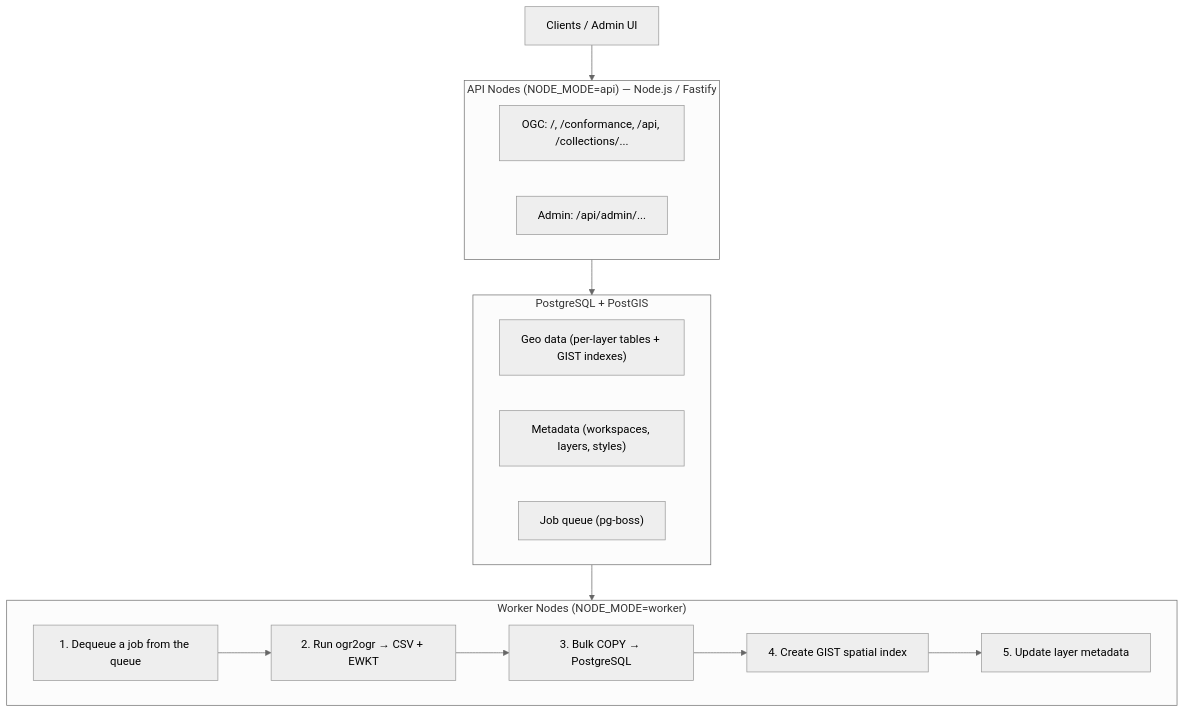
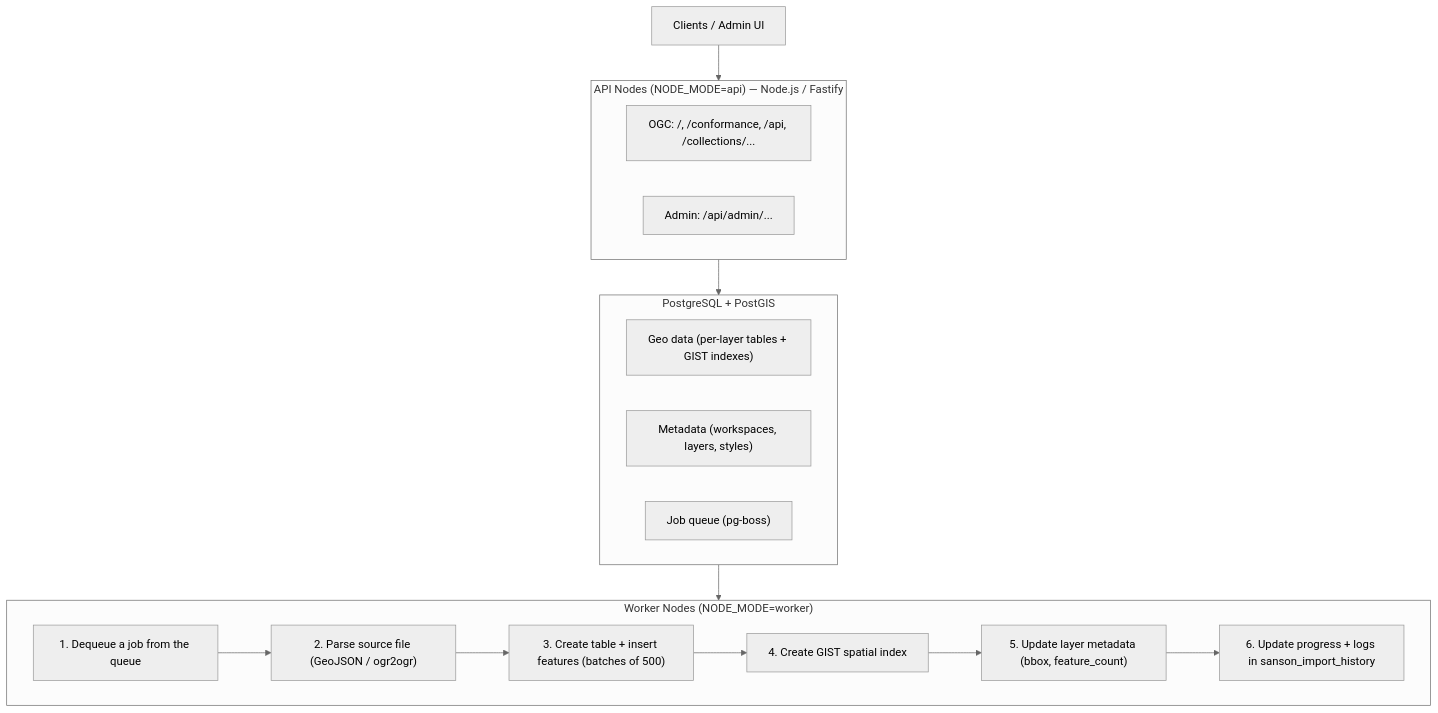
One commit to sebprunier/sanson changed the first of 2 diagrams in SPECS.md. Above: the diagram before and after it, drawn with Mermaid (neutral theme). The commit also changed other lines of this file, not shown here.

````diff
--- a/SPECS.md
+++ b/SPECS.md
@@ -98,28 +120,29 @@
 ```mermaid
 graph TD
     Clients["Clients / Admin UI"]
 
     subgraph API ["API Nodes (NODE_MODE=api) — Node.js / Fastify"]
         OGC["OGC: /, /conformance, /api, /collections/..."]
         Admin["Admin: /api/admin/..."]
     end
 
     subgraph DB ["PostgreSQL + PostGIS"]
         GeoData["Geo data (per-layer tables + GIST indexes)"]
         Meta["Metadata (workspaces, layers, styles)"]
         Queue["Job queue (pg-boss)"]
     end
 
     subgraph Worker ["Worker Nodes (NODE_MODE=worker)"]
         W1["1. Dequeue a job from the queue"]
-        W2["2. Run ogr2ogr → CSV + EWKT"]
-        W3["3. Bulk COPY → PostgreSQL"]
+        W2["2. Parse source file (GeoJSON / ogr2ogr)"]
+        W3["3. Create table + insert features (batches of 500)"]
         W4["4. Create GIST spatial index"]
-        W5["5. Update layer metadata"]
-        W1 --> W2 --> W3 --> W4 --> W5
+        W5["5. Update layer metadata (bbox, feature_count)"]
+        W6["6. Update progress + logs in sanson_import_history"]
+        W1 --> W2 --> W3 --> W4 --> W5 --> W6
     end
 
     Clients --> API
     API --> DB
     DB --> Worker
 ```
````
